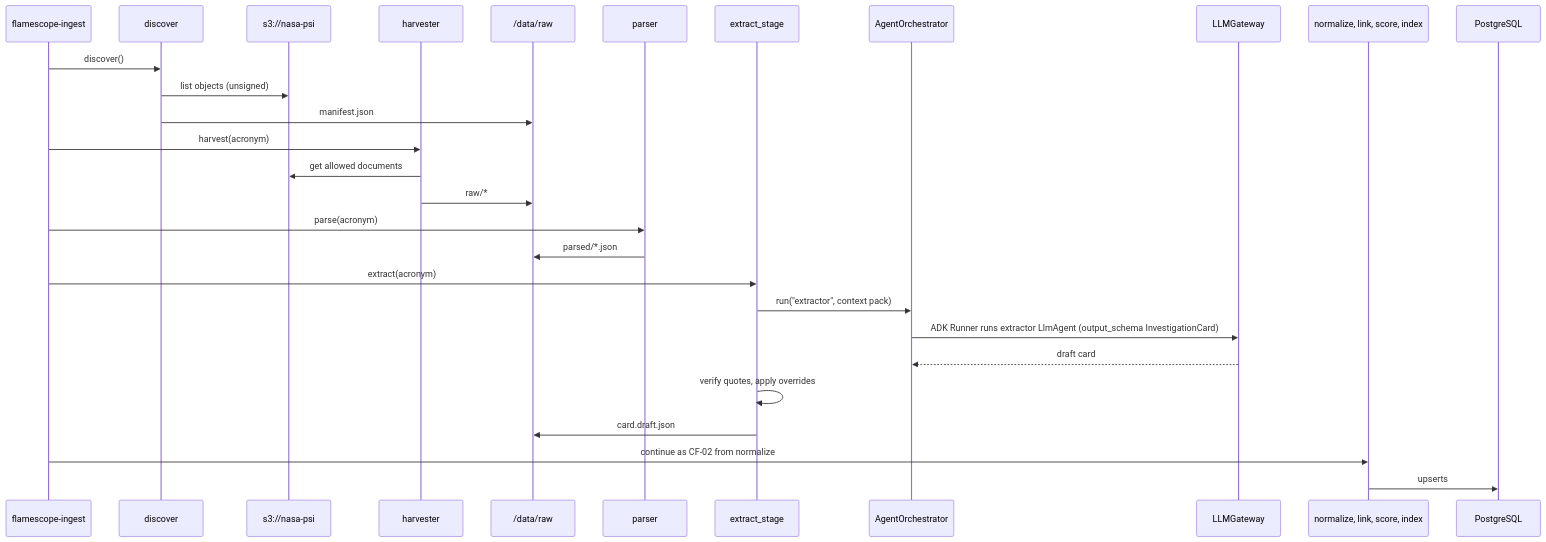
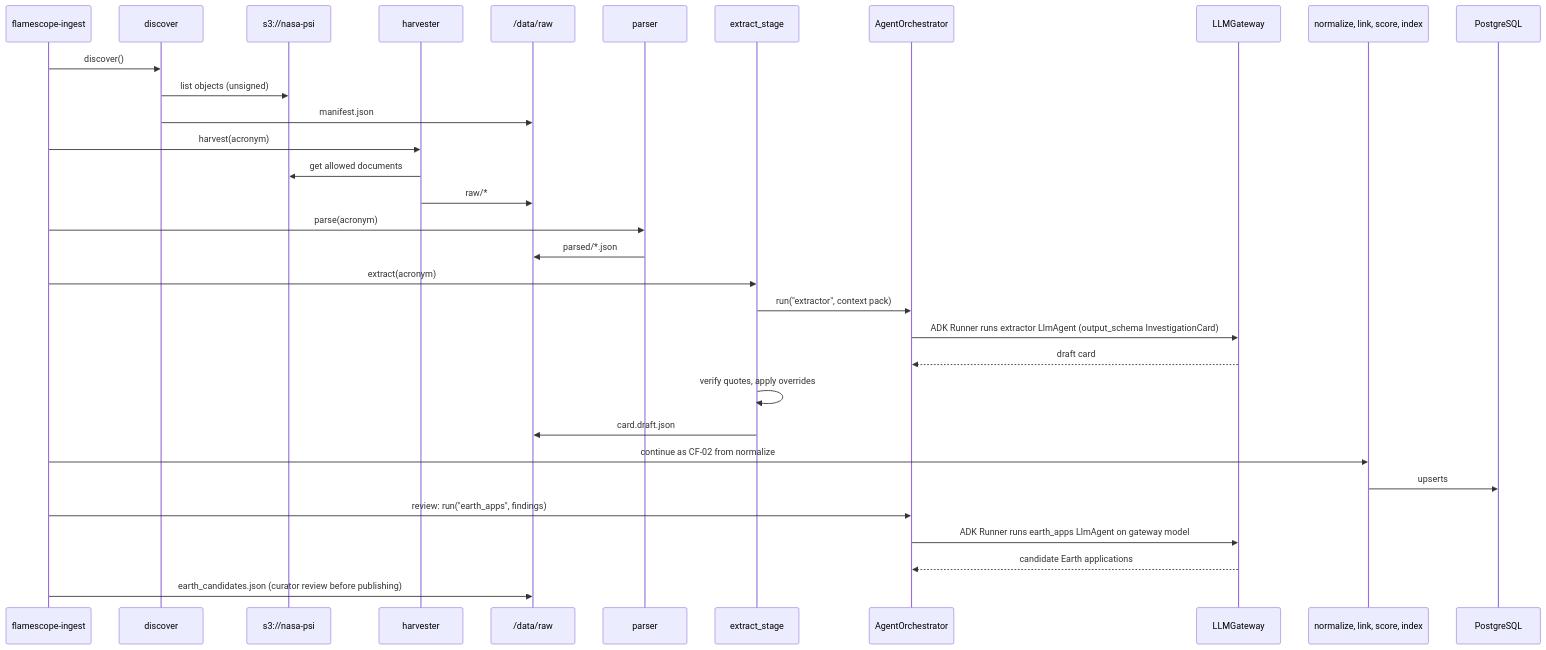
The third of 13 diagrams in docs/architecture/09-call-flows.md (AyaanAsish/flamescope), drawn with Mermaid before and after one commit. The commit also changed other lines of this file and 457 other files, not shown here.

````diff
--- a/docs/architecture/09-call-flows.md
+++ b/docs/architecture/09-call-flows.md
@@ -68,30 +68,34 @@
 ```mermaid
 sequenceDiagram
   participant CLI as flamescope-ingest
   participant DISC as discover
   participant S3 as s3://nasa-psi
   participant HARV as harvester
   participant RAW as /data/raw
   participant PARSE as parser
   participant EXT as extract_stage
   participant ORCH as AgentOrchestrator
   participant GW as LLMGateway
   participant REST as normalize, link, score, index
   participant DB as PostgreSQL
   CLI->>DISC: discover()
   DISC->>S3: list objects (unsigned)
   DISC->>RAW: manifest.json
   CLI->>HARV: harvest(acronym)
   HARV->>S3: get allowed documents
   HARV->>RAW: raw/*
   CLI->>PARSE: parse(acronym)
   PARSE->>RAW: parsed/*.json
   CLI->>EXT: extract(acronym)
   EXT->>ORCH: run("extractor", context pack)
   ORCH->>GW: ADK Runner runs extractor LlmAgent (output_schema InvestigationCard)
   GW-->>ORCH: draft card
   EXT->>EXT: verify quotes, apply overrides
   EXT->>RAW: card.draft.json
   CLI->>REST: continue as CF-02 from normalize
   REST->>DB: upserts
+  CLI->>ORCH: review: run("earth_apps", findings)
+  ORCH->>GW: ADK Runner runs earth_apps LlmAgent on gateway model
+  GW-->>ORCH: candidate Earth applications
+  CLI->>RAW: earth_candidates.json (curator review before publishing)
 ```
````
